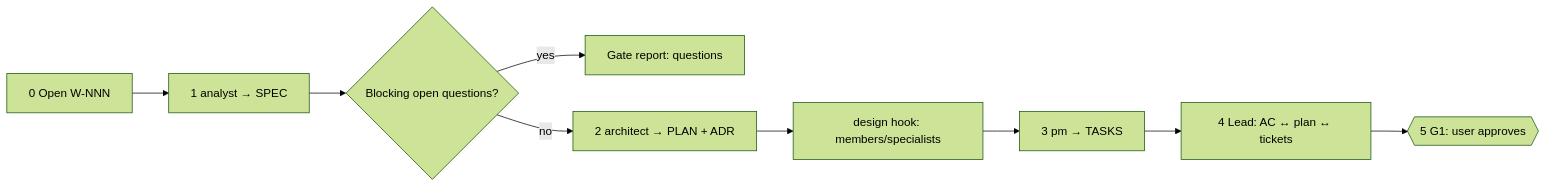
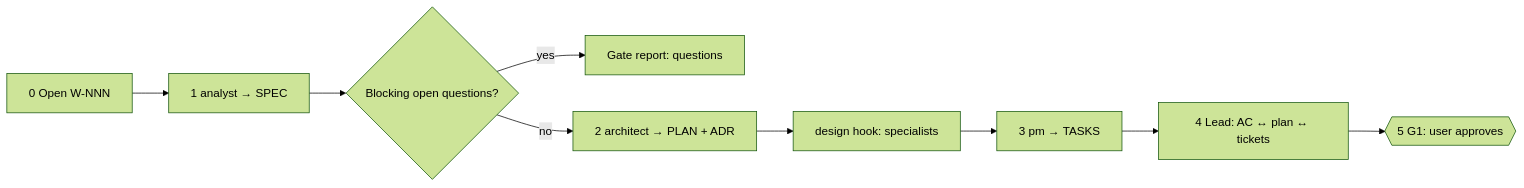
One commit to Tuan-Quyen/technical-teams changed the diagram in commands/plan.md. Above: the diagram before and after it, drawn with Mermaid (forest theme). The commit also changed other lines of this file and 46 other files, not shown here.

````diff
--- a/commands/plan.md
+++ b/commands/plan.md
@@ -41,11 +41,11 @@
 ```mermaid
 flowchart LR
   S0[0 Open W-NNN] --> S1[1 analyst → SPEC]
   S1 --> Q{Blocking open questions?}
   Q -- yes --> GQ[Gate report: questions]
   Q -- no --> S2[2 architect → PLAN + ADR]
-  S2 --> H[design hook: members/specialists]
+  S2 --> H[design hook: specialists]
   H --> S3[3 pm → TASKS]
   S3 --> S4[4 Lead: AC ↔ plan ↔ tickets]
   S4 --> G1{{5 G1: user approves}}
 ```
````
